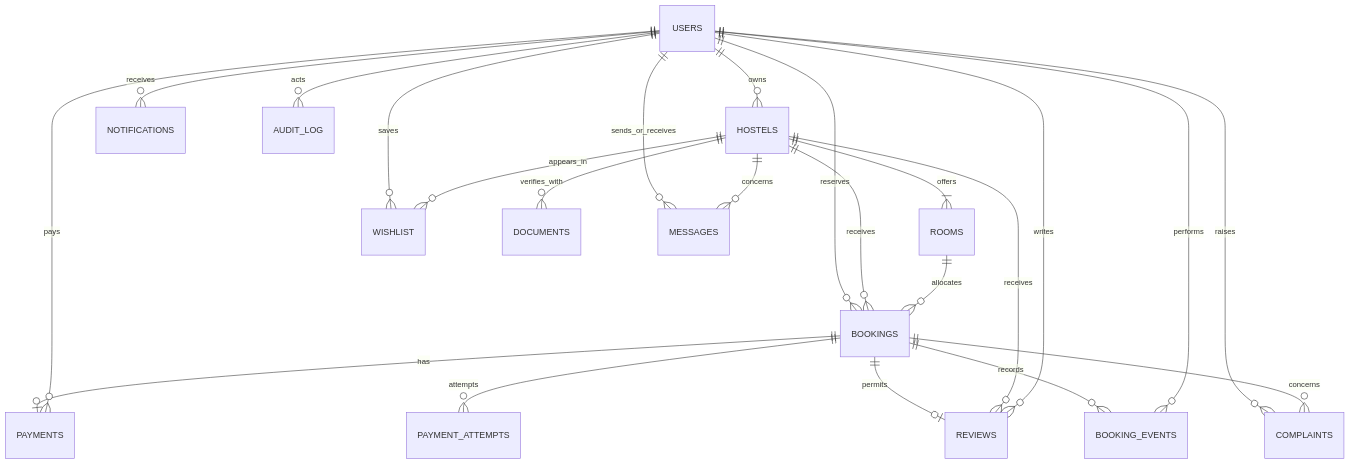
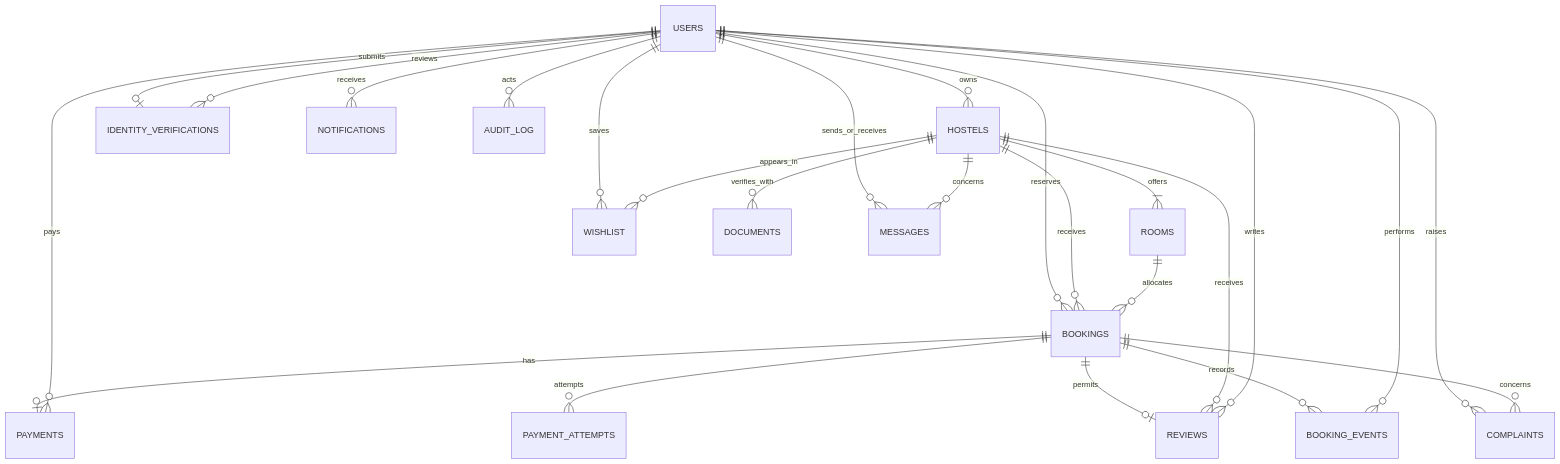
The second of 5 diagrams in docs/ARCHITECTURE.md (Rishwanthreddypv/Hostel-Hub), drawn with Mermaid before and after one commit. The commit also changed other lines of this file and 16 other files, not shown here.

````diff
--- a/docs/ARCHITECTURE.md
+++ b/docs/ARCHITECTURE.md
@@ -28,25 +28,27 @@
 ```mermaid
 erDiagram
   USERS ||--o{ HOSTELS : owns
+  USERS ||--o| IDENTITY_VERIFICATIONS : submits
+  USERS ||--o{ IDENTITY_VERIFICATIONS : reviews
   HOSTELS ||--|{ ROOMS : offers
   USERS ||--o{ BOOKINGS : reserves
   HOSTELS ||--o{ BOOKINGS : receives
   ROOMS ||--o{ BOOKINGS : allocates
   BOOKINGS ||--o| PAYMENTS : has
   BOOKINGS ||--o{ PAYMENT_ATTEMPTS : attempts
   USERS ||--o{ PAYMENTS : pays
   BOOKINGS ||--o| REVIEWS : permits
   BOOKINGS ||--o{ BOOKING_EVENTS : records
   USERS ||--o{ BOOKING_EVENTS : performs
   HOSTELS ||--o{ REVIEWS : receives
   USERS ||--o{ REVIEWS : writes
   USERS ||--o{ WISHLIST : saves
   HOSTELS ||--o{ WISHLIST : appears_in
   HOSTELS ||--o{ DOCUMENTS : verifies_with
   USERS ||--o{ NOTIFICATIONS : receives
   USERS ||--o{ MESSAGES : sends_or_receives
   HOSTELS ||--o{ MESSAGES : concerns
   USERS ||--o{ COMPLAINTS : raises
   BOOKINGS ||--o{ COMPLAINTS : concerns
   USERS ||--o{ AUDIT_LOG : acts
 ```
````
